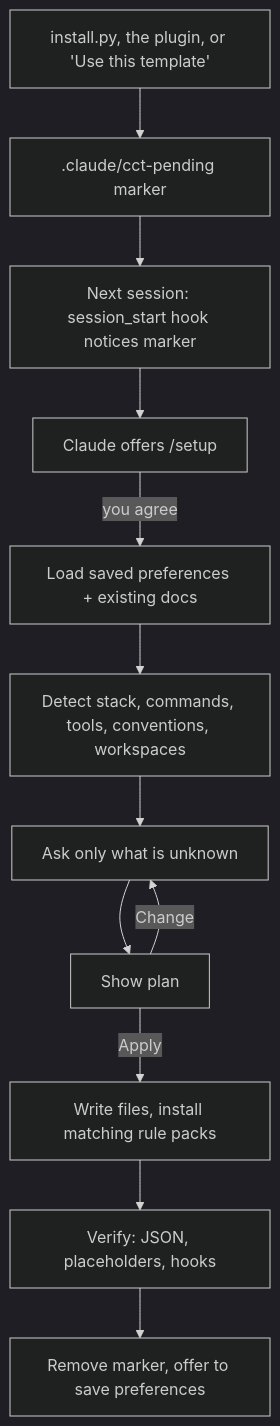
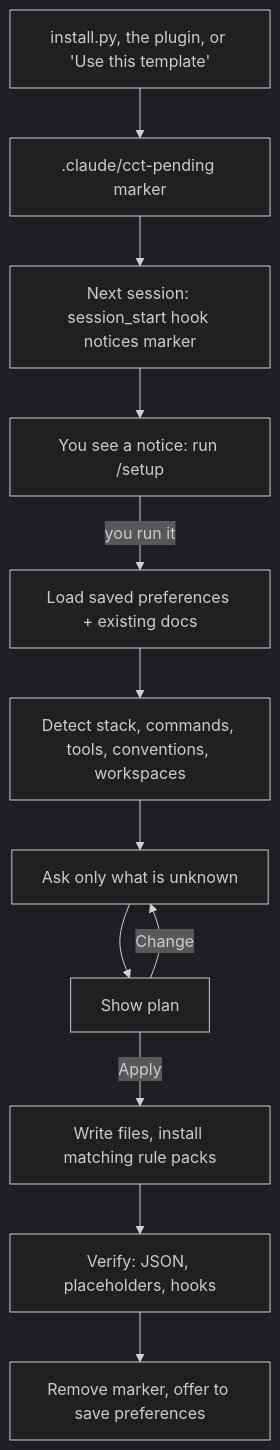
Before and after one commit to John99101/claude-code-project-template: the diagram in docs/GUIDE.md, drawn with Mermaid (dark theme). The commit also changed other lines of this file and 6 other files, not shown here.

````diff
--- a/docs/GUIDE.md
+++ b/docs/GUIDE.md
@@ -208,14 +226,14 @@
 ```mermaid
 flowchart TD
     A[install.py, the plugin, or 'Use this template'] --> B[.claude/cct-pending marker]
     B --> C[Next session: session_start hook notices marker]
-    C --> D[Claude offers /setup]
-    D -->|you agree| E[Load saved preferences + existing docs]
+    C --> D[You see a notice: run /setup]
+    D -->|you run it| E[Load saved preferences + existing docs]
     E --> F[Detect stack, commands, tools, conventions, workspaces]
     F --> G[Ask only what is unknown]
     G --> H[Show plan]
     H -->|Apply| I[Write files, install matching rule packs]
     H -->|Change| G
     I --> J[Verify: JSON, placeholders, hooks]
     J --> K[Remove marker, offer to save preferences]
 ```
````
